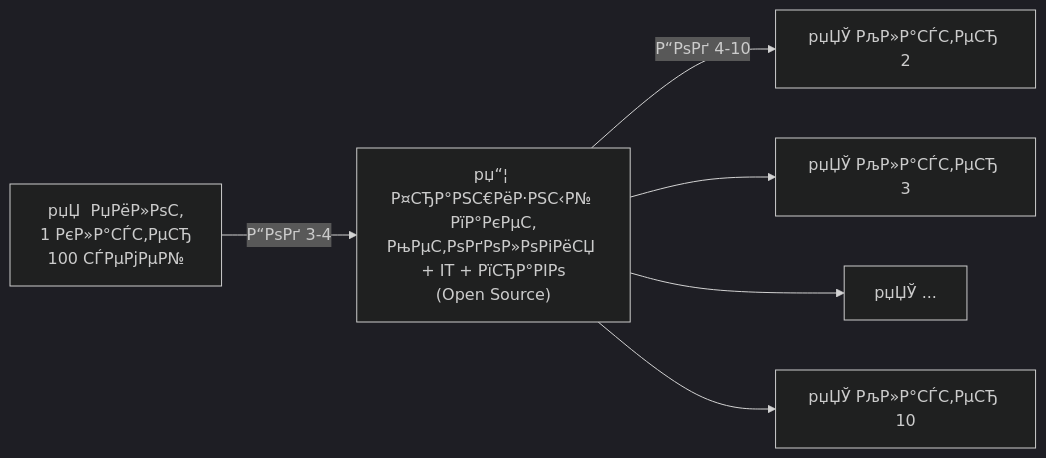
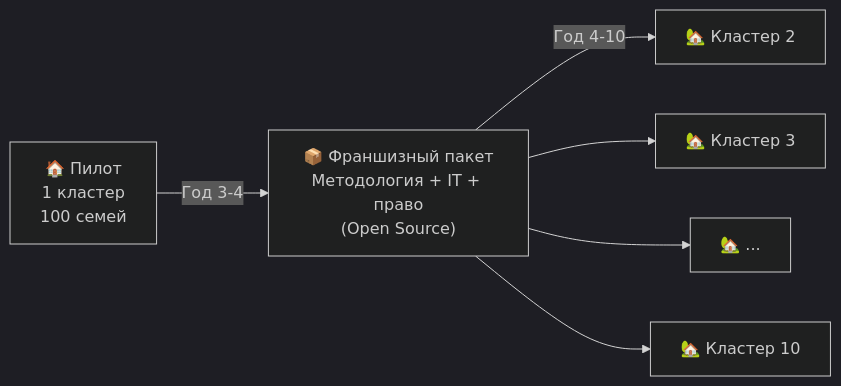
One commit to NeuroLoft/NEURO-ESTATE changed the second of 3 diagrams in ТЭО_Родовое_Поместье_Кейс/ТЭО_Родовое_Поместье_Раздел_9_Организационная_структура.md. Above: the diagram before and after it, drawn with Mermaid (dark theme). The commit also changed other lines of this file and 29 other files, not shown here.

````diff
--- a/ТЭО_Родовое_Поместье_Кейс/ТЭО_Родовое_Поместье_Раздел_9_Организационная_структура.md
+++ b/ТЭО_Родовое_Поместье_Кейс/ТЭО_Родовое_Поместье_Раздел_9_Организационная_структура.md
@@ -135,8 +135,8 @@
 ```mermaid
 flowchart LR
-    P["рџЏ  РџРёР»РѕС‚\n1 РєР»Р°СЃС‚РµСЂ\n100 СЃРµРјРµР№"] -->|"Р“РѕРґ 3-4"| F["рџ“¦ Р¤СЂР°РЅС€РёР·РЅС‹Р№ РїР°РєРµС‚\nРњРµС‚РѕРґРѕР»РѕРіРёСЏ + IT + РїСЂР°РІРѕ\n(Open Source)"]
-    F -->|"Р“РѕРґ 4-10"| S1["рџЏЎ РљР»Р°СЃС‚РµСЂ 2"]
-    F --> S2["рџЏЎ РљР»Р°СЃС‚РµСЂ 3"]
-    F --> S3["рџЏЎ ..."]
-    F --> S4["рџЏЎ РљР»Р°СЃС‚РµСЂ 10"]
+    P["🏠 Пилот\n1 кластер\n100 семей"] -->|"Год 3-4"| F["📦 Франшизный пакет\nМетодология + IT + право\n(Open Source)"]
+    F -->|"Год 4-10"| S1["🏡 Кластер 2"]
+    F --> S2["🏡 Кластер 3"]
+    F --> S3["🏡 ..."]
+    F --> S4["🏡 Кластер 10"]
 ```
````
